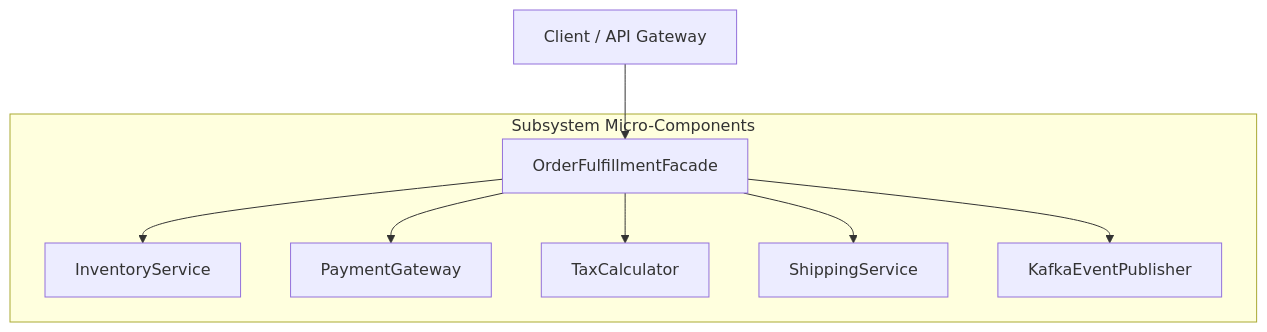
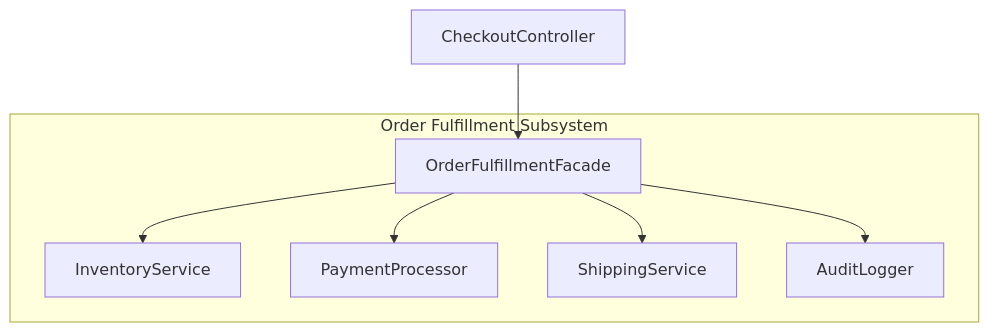
The third of 5 diagrams in content/roadmap/level-6/structural-patterns.md (ravishankar2463/java_hub), drawn with Mermaid before and after one commit. The commit also changed other lines of this file and 119 other files, not shown here.

Commit message:
feat: add comprehensive java learning roadmap content across multiple levels

````diff
--- a/content/roadmap/level-6/structural-patterns.md
+++ b/content/roadmap/level-6/structural-patterns.md
@@ -225,12 +235,11 @@
 ```mermaid
 flowchart TD
-    Client["Client / API Gateway"] --> Facade["OrderFulfillmentFacade"]
-    
-    subgraph "Subsystem Micro-Components"
+    Client["CheckoutController"] --> Facade["OrderFulfillmentFacade"]
+
+    subgraph "Order Fulfillment Subsystem"
         Facade --> S1["InventoryService"]
-        Facade --> S2["PaymentGateway"]
-        Facade --> S3["TaxCalculator"]
-        Facade --> S4["ShippingService"]
-        Facade --> S5["KafkaEventPublisher"]
+        Facade --> S2["PaymentProcessor"]
+        Facade --> S3["ShippingService"]
+        Facade --> S4["AuditLogger"]
     end
 ```
````
